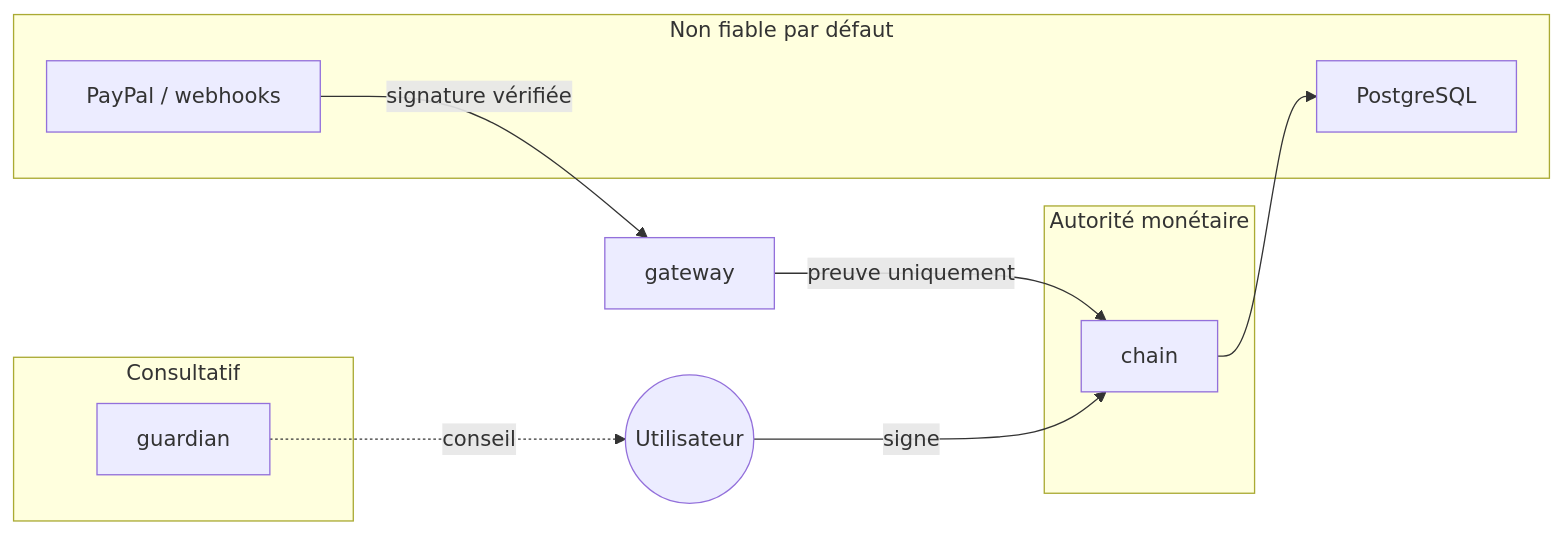
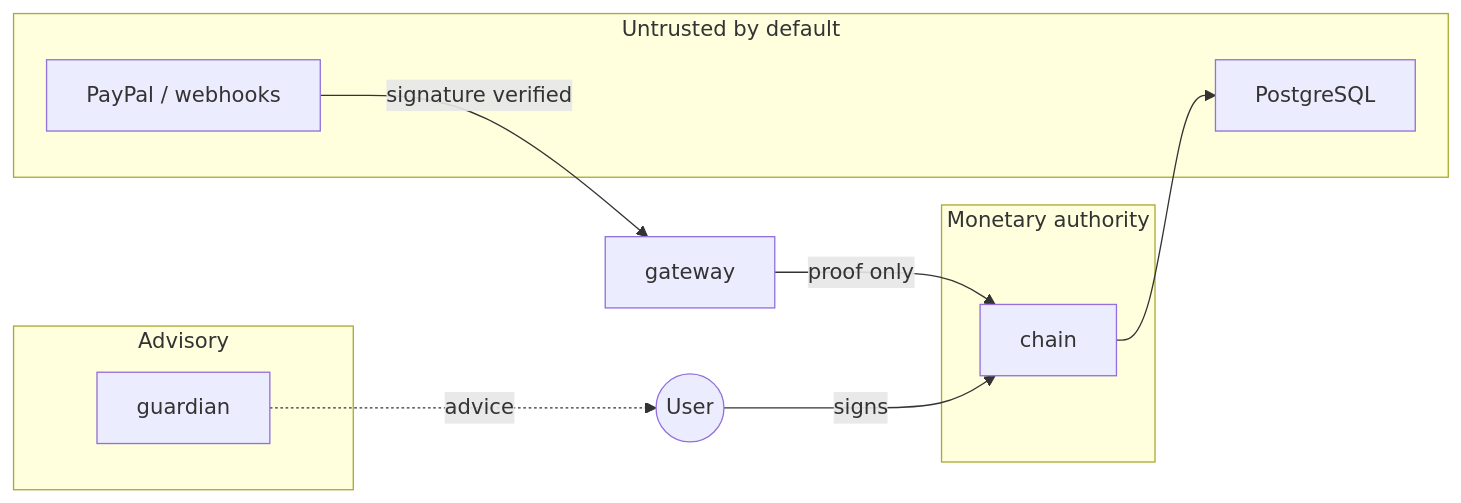
Before and after one commit to joeylukoji/Aurix: the ninth of 10 diagrams in docs/architecture/diagrams.md, drawn with Mermaid. The commit also changed other lines of this file and 6 other files, not shown here.

````diff
--- a/docs/architecture/diagrams.md
+++ b/docs/architecture/diagrams.md
@@ -217,18 +217,18 @@
 ```mermaid
 flowchart LR
-    subgraph TRUST[Autorité monétaire]
+    subgraph TRUST[Monetary authority]
         L1[chain]
     end
-    subgraph ADVISORY[Consultatif]
+    subgraph ADVISORY[Advisory]
         L3[guardian]
     end
-    subgraph UNTRUSTED[Non fiable par défaut]
+    subgraph UNTRUSTED[Untrusted by default]
         L4[PayPal / webhooks]
         IDX[PostgreSQL]
     end
-    L3 -. conseil .-> USER((Utilisateur))
-    USER -->|signe| L1
-    L4 -->|signature vérifiée| GW[gateway]
-    GW -->|preuve uniquement| L1
+    L3 -. advice .-> USER((User))
+    USER -->|signs| L1
+    L4 -->|signature verified| GW[gateway]
+    GW -->|proof only| L1
     L1 --> IDX
 ```
````
